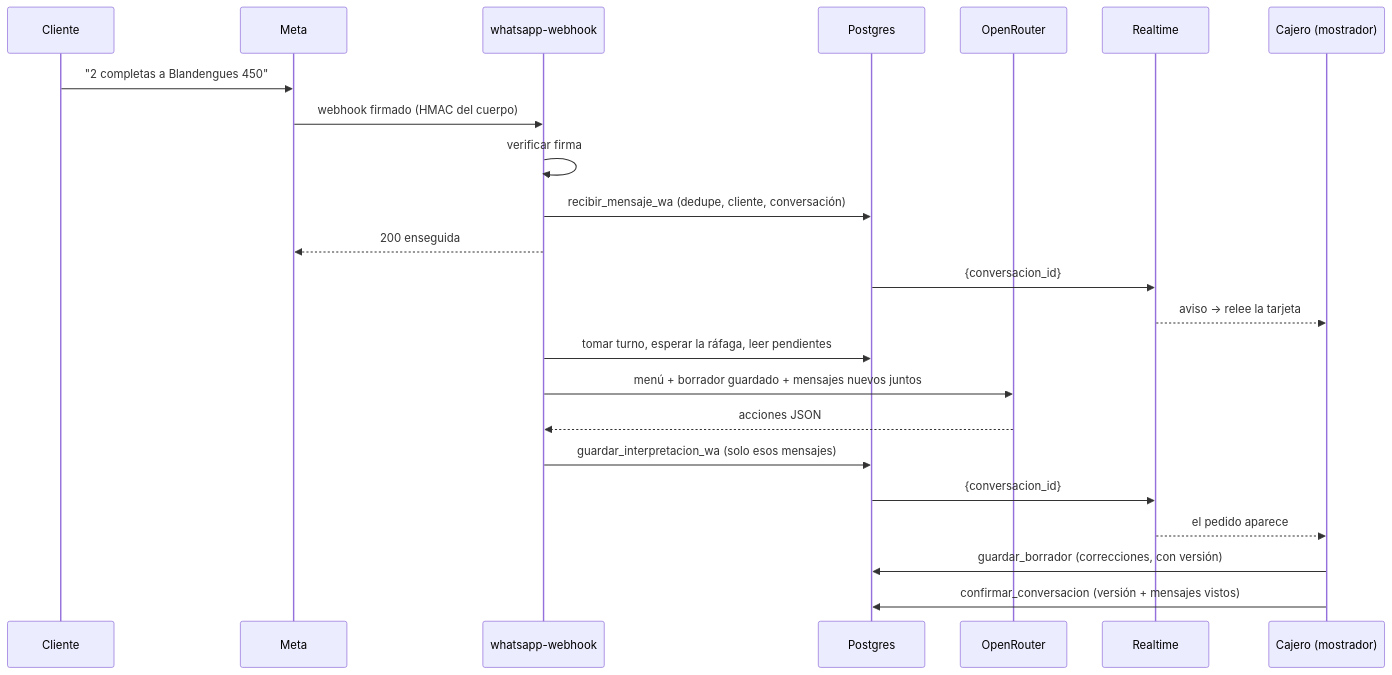
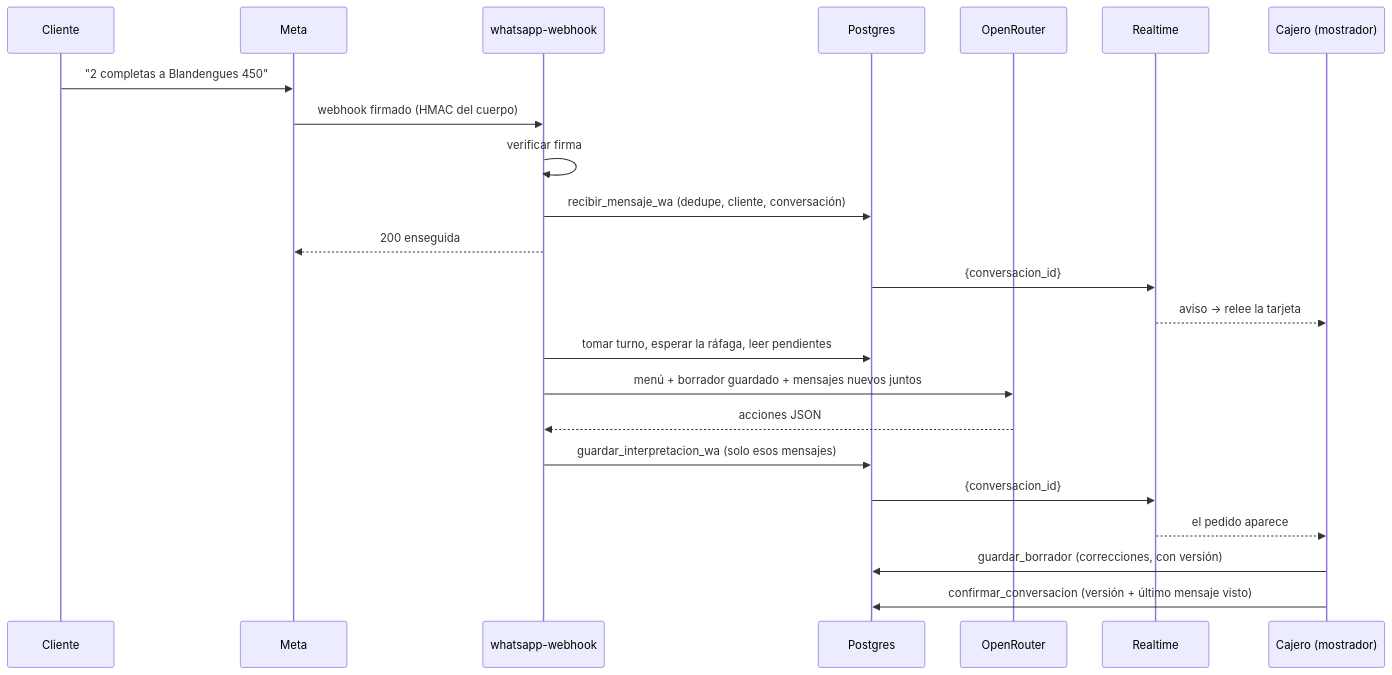
Before and after one commit to JAJADJSJAJ/ANOTADO: the third of 3 diagrams in docs/arquitectura.md, drawn with Mermaid. The commit also changed other lines of this file and 1 other file, not shown here.

Commit message:
docs: confirmar contra el último mensaje visto

````diff
--- a/docs/arquitectura.md
+++ b/docs/arquitectura.md
@@ -74,26 +74,26 @@
 ```mermaid
 sequenceDiagram
   participant Cl as Cliente
   participant M as Meta
   participant W as whatsapp-webhook
   participant DB as Postgres
   participant IA as OpenRouter
   participant RT as Realtime
   participant C as Cajero (mostrador)
 
   Cl->>M: "2 completas a Blandengues 450"
   M->>W: webhook firmado (HMAC del cuerpo)
   W->>W: verificar firma
   W->>DB: recibir_mensaje_wa (dedupe, cliente, conversación)
   W-->>M: 200 enseguida
   DB->>RT: {conversacion_id}
   RT-->>C: aviso → relee la tarjeta
   W->>DB: tomar turno, esperar la ráfaga, leer pendientes
   W->>IA: menú + borrador guardado + mensajes nuevos juntos
   IA-->>W: acciones JSON
   W->>DB: guardar_interpretacion_wa (solo esos mensajes)
   DB->>RT: {conversacion_id}
   RT-->>C: el pedido aparece
   C->>DB: guardar_borrador (correcciones, con versión)
-  C->>DB: confirmar_conversacion (versión + mensajes vistos)
+  C->>DB: confirmar_conversacion (versión + último mensaje visto)
 ```
````
